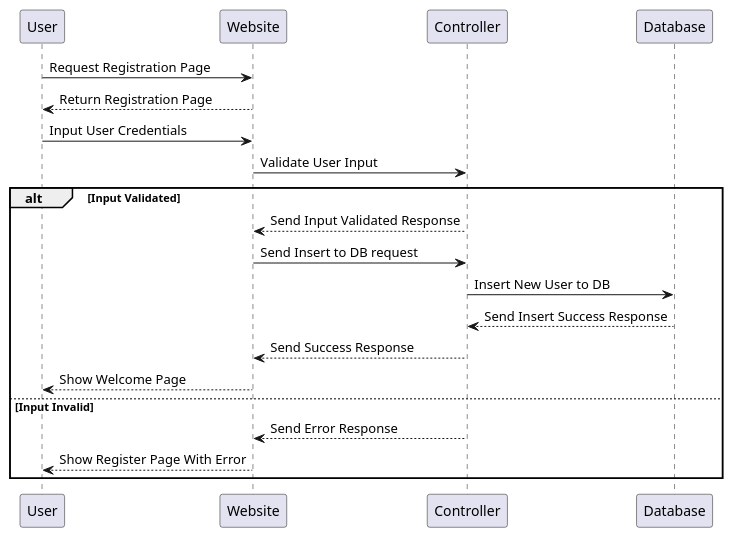
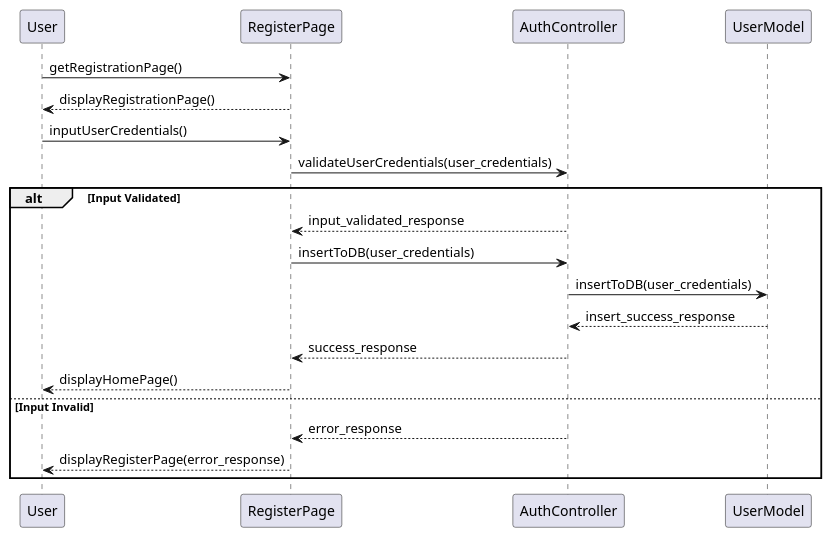
The diagram in Design/BHFMS_SEQUENCE/Register.puml (AntWort21/BHFMS), drawn with PlantUML before and after one commit. The commit also changed 12 other files, not shown here.

Commit message:
updated sequence diagram

```diff
--- a/Design/BHFMS_SEQUENCE/Register.puml
+++ b/Design/BHFMS_SEQUENCE/Register.puml
@@ -1,19 +1,19 @@
 @startuml
-User -> Website: Request Registration Page
-User <-- Website: Return Registration Page
-User -> Website: Input User Credentials
-Website -> Controller: Validate User Input
+User -> RegisterPage: getRegistrationPage()
+User <-- RegisterPage: displayRegistrationPage()
+User -> RegisterPage: inputUserCredentials()
+RegisterPage -> AuthController: validateUserCredentials(user_credentials)
 alt Input Validated
-    Website <-- Controller: Send Input Validated Response
-    Website -> Controller: Send Insert to DB request
-    Controller -> Database: Insert New User to DB
-    Controller <-- Database: Send Insert Success Response
-    Website <-- Controller: Send Success Response
-    User <-- Website: Show Welcome Page
+    RegisterPage <-- AuthController: input_validated_response
+    RegisterPage -> AuthController: insertToDB(user_credentials)
+    AuthController -> UserModel: insertToDB(user_credentials)
+    AuthController <-- UserModel: insert_success_response
+    RegisterPage <-- AuthController: success_response
+    User <-- RegisterPage: displayHomePage()
     
 else Input Invalid
-    Website <-- Controller: Send Error Response
-    User <-- Website: Show Register Page With Error
+    RegisterPage <-- AuthController: error_response
+    User <-- RegisterPage: displayRegisterPage(error_response)
 end
 
 @enduml
```
